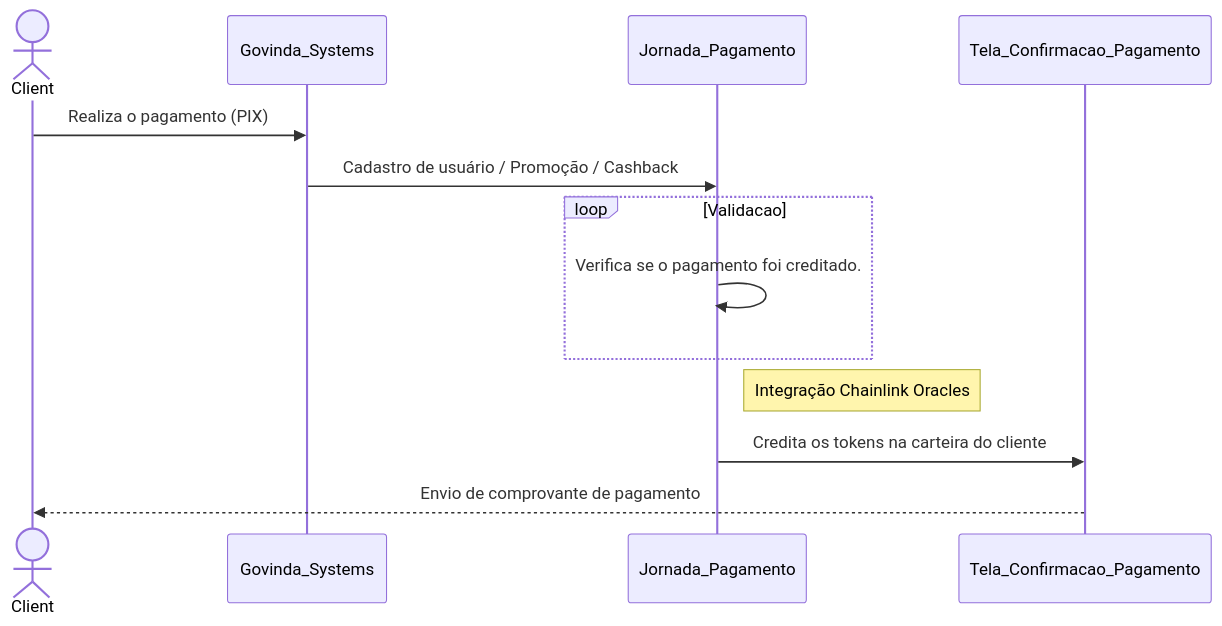
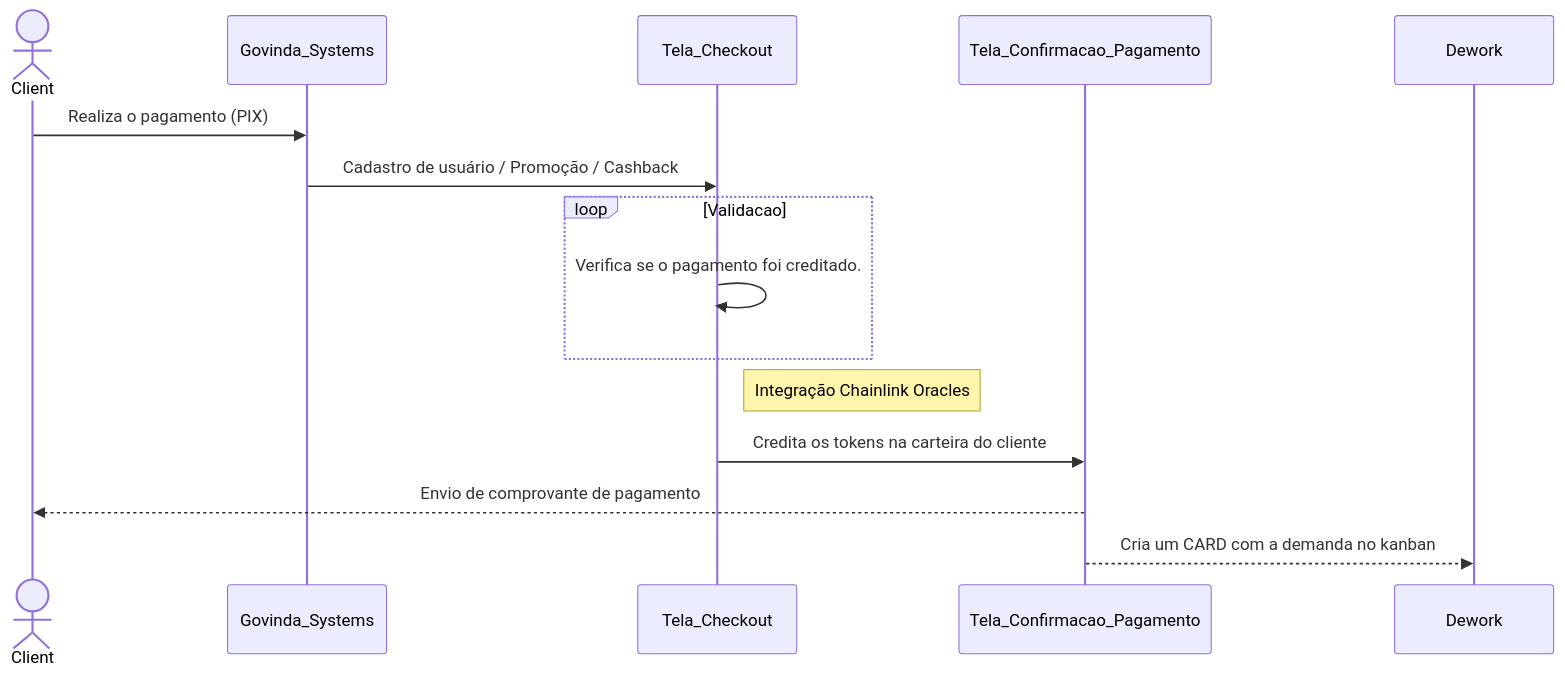
The first of 7 diagrams in token.md (govinda777/GovindaSystems), drawn with Mermaid before and after one commit.

````diff
--- a/token.md
+++ b/token.md
@@ -19,12 +19,13 @@
 ```mermaid
 sequenceDiagram
 actor Client
 Client->>Govinda_Systems: Realiza o pagamento (PIX)
-Govinda_Systems->> Jornada_Pagamento : Cadastro de usuário / Promoção / Cashback
+Govinda_Systems->> Tela_Checkout : Cadastro de usuário / Promoção / Cashback
 loop Validacao
-    Jornada_Pagamento->>Jornada_Pagamento: Verifica se o pagamento foi creditado.
+    Tela_Checkout->>Tela_Checkout: Verifica se o pagamento foi creditado.
 end
-Note right of Jornada_Pagamento: Integração Chainlink Oracles
-Jornada_Pagamento->> Tela_Confirmacao_Pagamento : Credita os tokens na carteira do cliente
+Note right of Tela_Checkout: Integração Chainlink Oracles
+Tela_Checkout->> Tela_Confirmacao_Pagamento : Credita os tokens na carteira do cliente
 Tela_Confirmacao_Pagamento-->> Client: Envio de comprovante de pagamento
+Tela_Confirmacao_Pagamento-->> Dework: Cria um CARD com a demanda no kanban
 ```
````
